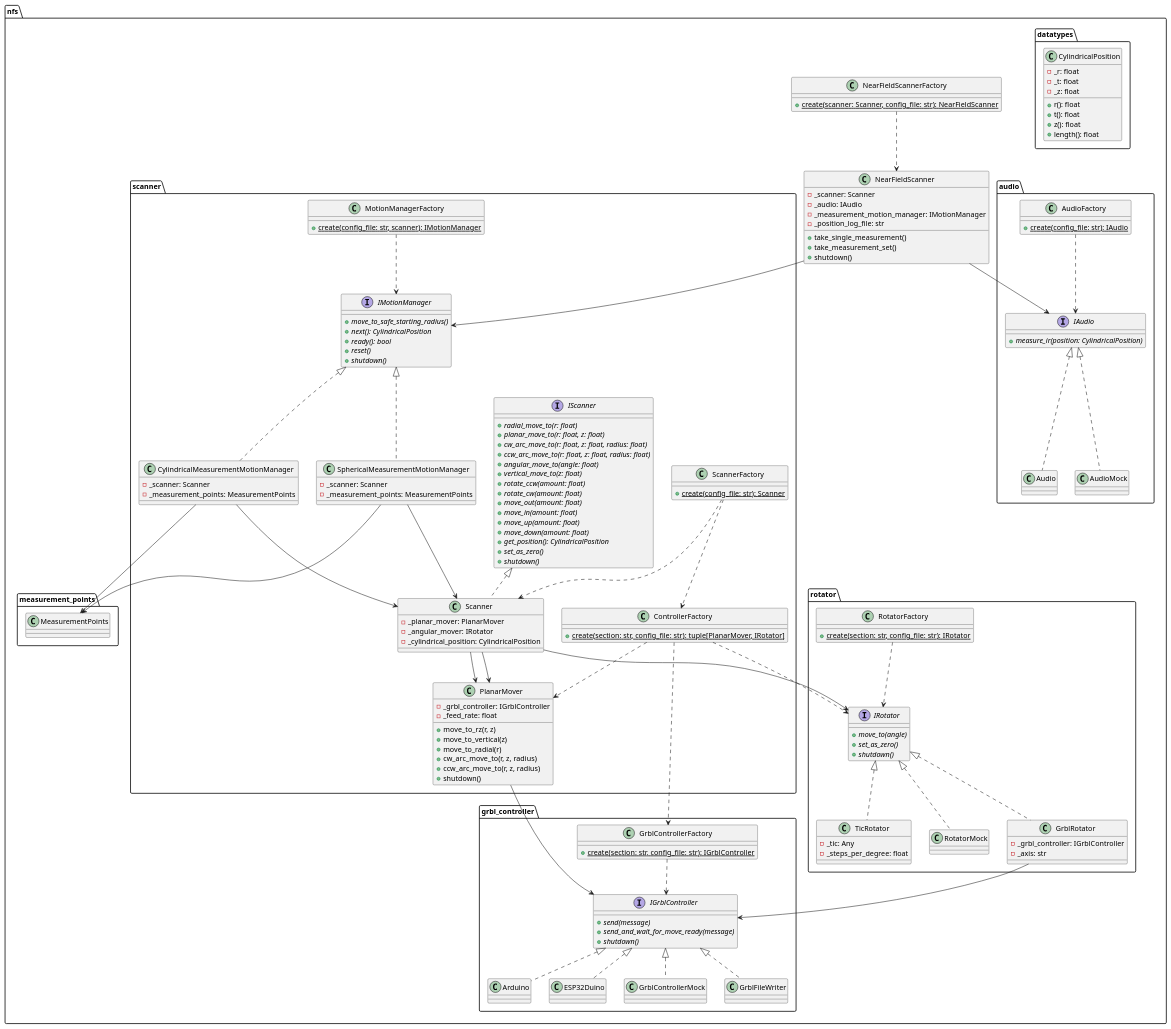
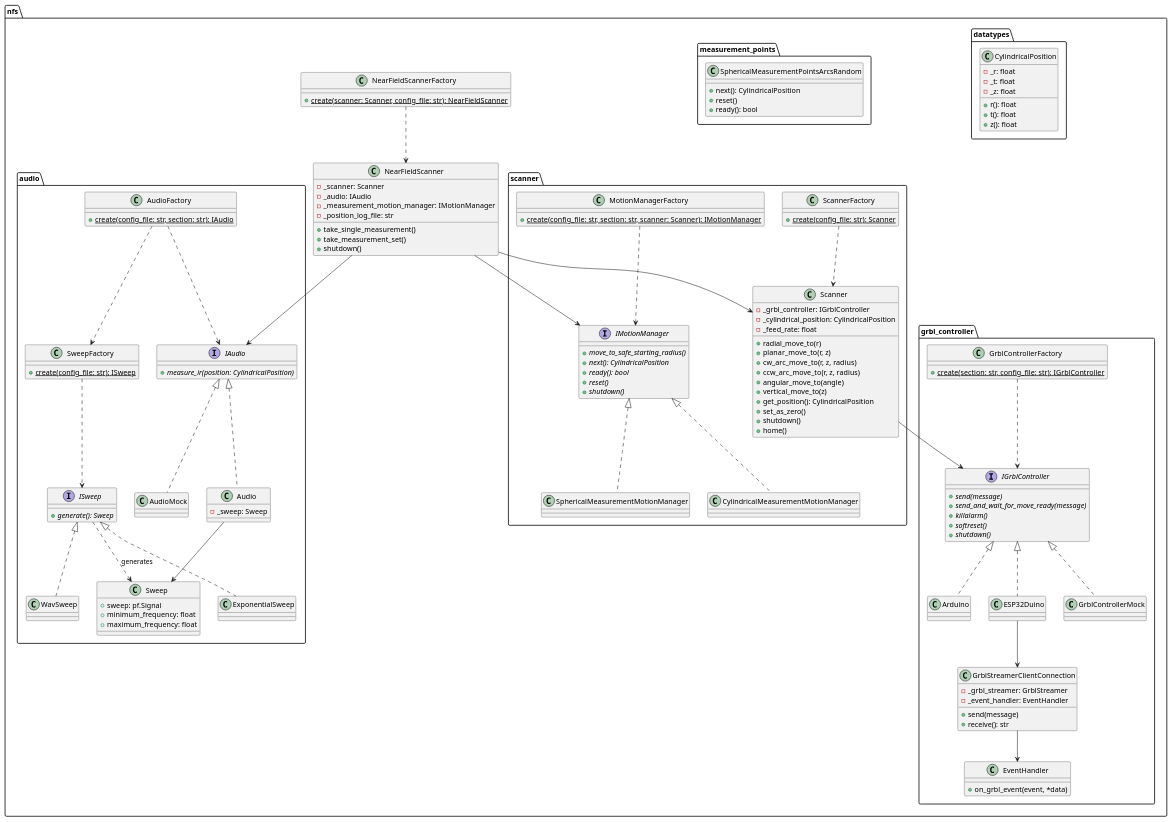
Before and after one commit to TomKamphuys/NFS: the diagram in Documents/GeneratedClassDiagram.puml, drawn with PlantUML. The commit also changed 15 other files, not shown here.

```diff
--- a/Documents/GeneratedClassDiagram.puml
+++ b/Documents/GeneratedClassDiagram.puml
@@ -1,198 +1,162 @@
 @startuml
 
 package "nfs" {
 
     class NearFieldScanner {
         - _scanner: Scanner
         - _audio: IAudio
         - _measurement_motion_manager: IMotionManager
         - _position_log_file: str
         + take_single_measurement()
         + take_measurement_set()
         + shutdown()
     }
 
     class NearFieldScannerFactory {
         {static} + create(scanner: Scanner, config_file: str): NearFieldScanner
     }
 
     package "scanner" {
-        interface IScanner {
-            + {abstract} radial_move_to(r: float)
-            + {abstract} planar_move_to(r: float, z: float)
-            + {abstract} cw_arc_move_to(r: float, z: float, radius: float)
-            + {abstract} ccw_arc_move_to(r: float, z: float, radius: float)
-            + {abstract} angular_move_to(angle: float)
-            + {abstract} vertical_move_to(z: float)
-            + {abstract} rotate_ccw(amount: float)
-            + {abstract} rotate_cw(amount: float)
-            + {abstract} move_out(amount: float)
-            + {abstract} move_in(amount: float)
-            + {abstract} move_up(amount: float)
-            + {abstract} move_down(amount: float)
-            + {abstract} get_position(): CylindricalPosition
-            + {abstract} set_as_zero()
-            + {abstract} shutdown()
-        }
-
         class Scanner {
-            - _planar_mover: PlanarMover
-            - _angular_mover: IRotator
+            - _grbl_controller: IGrblController
             - _cylindrical_position: CylindricalPosition
+            - _feed_rate: float
+            + radial_move_to(r)
+            + planar_move_to(r, z)
+            + cw_arc_move_to(r, z, radius)
+            + ccw_arc_move_to(r, z, radius)
+            + angular_move_to(angle)
+            + vertical_move_to(z)
+            + get_position(): CylindricalPosition
+            + set_as_zero()
+            + shutdown()
+            + home()
         }
 
         class ScannerFactory {
             {static} + create(config_file: str): Scanner
-        }
-
-        class PlanarMover {
-            - _grbl_controller: IGrblController
-            - _feed_rate: float
-            + move_to_rz(r, z)
-            + move_to_vertical(z)
-            + move_to_radial(r)
-            + cw_arc_move_to(r, z, radius)
-            + ccw_arc_move_to(r, z, radius)
-            + shutdown()
-        }
-
-        class ControllerFactory {
-            {static} + create(section: str, config_file: str): tuple[PlanarMover, IRotator]
         }
 
         interface IMotionManager {
             + {abstract} move_to_safe_starting_radius()
             + {abstract} next(): CylindricalPosition
             + {abstract} ready(): bool
             + {abstract} reset()
             + {abstract} shutdown()
         }
 
         class MotionManagerFactory {
-            {static} + create(config_file: str, scanner): IMotionManager
+            {static} + create(config_file: str, section: str, scanner: Scanner): IMotionManager
         }
 
-        class CylindricalMeasurementMotionManager {
-            - _scanner: Scanner
-            - _measurement_points: MeasurementPoints
-        }
-
-        class SphericalMeasurementMotionManager {
-            - _scanner: Scanner
-            - _measurement_points: MeasurementPoints
-        }
-    }
-
-    package "rotator" {
-        interface IRotator {
-            + {abstract} move_to(angle)
-            + {abstract} set_as_zero()
-            + {abstract} shutdown()
-        }
-
-        class RotatorFactory {
-            {static} + create(section: str, config_file: str): IRotator
-        }
-
-        class GrblRotator {
-            - _grbl_controller: IGrblController
-            - _axis: str
-        }
-
-        class TicRotator {
-            - _tic: Any
-            - _steps_per_degree: float
-        }
-
-        class RotatorMock
+        class CylindricalMeasurementMotionManager
+        class SphericalMeasurementMotionManager
     }
 
     package "grbl_controller" {
         interface IGrblController {
             + {abstract} send(message)
             + {abstract} send_and_wait_for_move_ready(message)
+            + {abstract} killalarm()
+            + {abstract} softreset()
             + {abstract} shutdown()
         }
 
         class GrblControllerFactory {
             {static} + create(section: str, config_file: str): IGrblController
         }
 
         class Arduino
         class ESP32Duino
         class GrblControllerMock
-        class GrblFileWriter
+
+        class GrblStreamerClientConnection {
+            - _grbl_streamer: GrblStreamer
+            - _event_handler: EventHandler
+            + send(message)
+            + receive(): str
+        }
+
+        class EventHandler {
+            + on_grbl_event(event, *data)
+        }
     }
 
     package "datatypes" {
         class CylindricalPosition {
             - _r: float
             - _t: float
             - _z: float
             + r(): float
             + t(): float
             + z(): float
-            + length(): float
         }
     }
 
     package "audio" {
         interface IAudio {
              + {abstract} measure_ir(position: CylindricalPosition)
         }
-        class Audio
+        class Audio {
+            - _sweep: Sweep
+        }
         class AudioMock
         class AudioFactory {
-            {static} + create(config_file: str): IAudio
+            {static} + create(config_file: str, section: str): IAudio
+        }
+
+        interface ISweep {
+            + {abstract} generate(): Sweep
+        }
+        class Sweep {
+            + sweep: pf.Signal
+            + minimum_frequency: float
+            + maximum_frequency: float
+        }
+        class ExponentialSweep
+        class WavSweep
+        class SweepFactory {
+            {static} + create(config_file: str): ISweep
         }
     }
 
     package "measurement_points" {
-         class MeasurementPoints
+         class SphericalMeasurementPointsArcsRandom {
+             + next(): CylindricalPosition
+             + reset()
+             + ready(): bool
+         }
     }
-
 }
 
-IScanner <|.. Scanner
-Scanner --> PlanarMover
 NearFieldScanner --> IAudio
 NearFieldScanner --> IMotionManager
+NearFieldScanner --> Scanner
 NearFieldScannerFactory ..> NearFieldScanner
 
-Scanner --> PlanarMover
-Scanner --> IRotator
+Scanner --> IGrblController
 ScannerFactory ..> Scanner
-ScannerFactory ..> ControllerFactory
-
-ControllerFactory ..> PlanarMover
-ControllerFactory ..> IRotator
-ControllerFactory ..> GrblControllerFactory
-
-PlanarMover --> IGrblController
-
-IRotator <|.. GrblRotator
-IRotator <|.. TicRotator
-IRotator <|.. RotatorMock
-RotatorFactory ..> IRotator
-
-GrblRotator --> IGrblController
 
 IGrblController <|.. Arduino
 IGrblController <|.. ESP32Duino
 IGrblController <|.. GrblControllerMock
-IGrblController <|.. GrblFileWriter
+ESP32Duino --> GrblStreamerClientConnection
+GrblStreamerClientConnection --> EventHandler
 GrblControllerFactory ..> IGrblController
 
 IMotionManager <|.. CylindricalMeasurementMotionManager
 IMotionManager <|.. SphericalMeasurementMotionManager
 MotionManagerFactory ..> IMotionManager
-CylindricalMeasurementMotionManager --> Scanner
-CylindricalMeasurementMotionManager --> MeasurementPoints
-SphericalMeasurementMotionManager --> Scanner
-SphericalMeasurementMotionManager --> MeasurementPoints
 
 IAudio <|.. Audio
 IAudio <|.. AudioMock
 AudioFactory ..> IAudio
+AudioFactory ..> SweepFactory
+Audio --> Sweep
+
+ISweep <|.. ExponentialSweep
+ISweep <|.. WavSweep
+ISweep ..> Sweep : generates
+SweepFactory ..> ISweep
 
 @enduml
```
